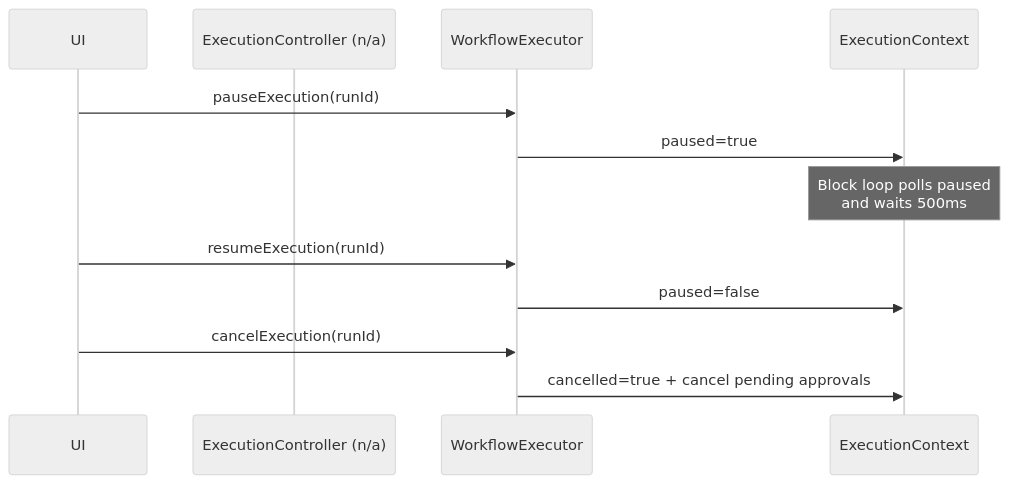
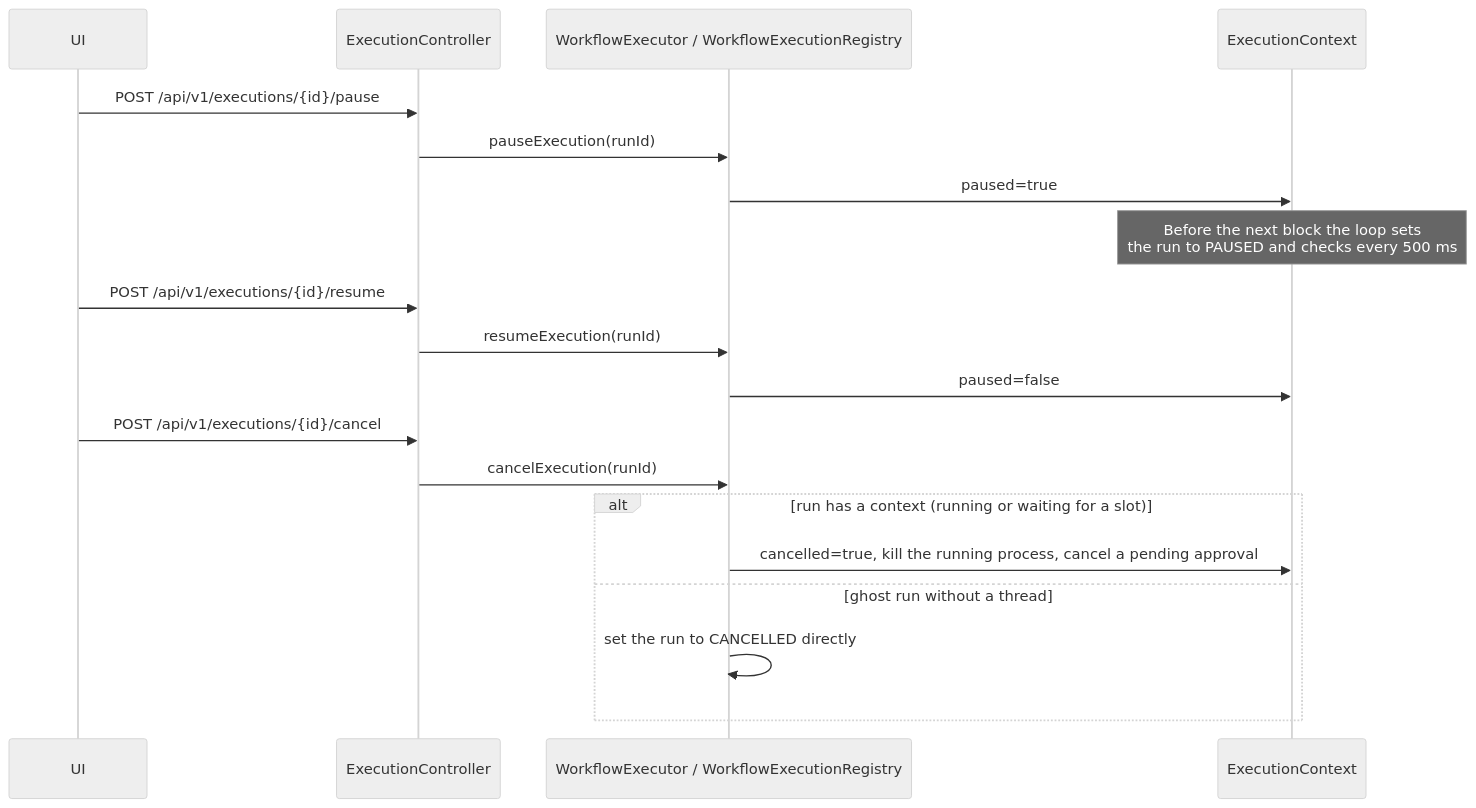
One commit to FLSEST/MySuricates changed the third of 4 diagrams in docs/en/workflow-control-diagrams.md. Above: the diagram before and after it, drawn with Mermaid (neutral theme). The commit also changed other lines of this file and 4 other files, not shown here.

First line of the commit message:
docs(diagramme): Control page knows all run statuses and the real approval path

````diff
--- a/docs/en/workflow-control-diagrams.md
+++ b/docs/en/workflow-control-diagrams.md
@@ -37,15 +46,22 @@
 ```mermaid
 sequenceDiagram
     participant UI
-    participant CTRL as ExecutionController (n/a)
-    participant WE as WorkflowExecutor
+    participant CTRL as ExecutionController
+    participant WE as WorkflowExecutor / WorkflowExecutionRegistry
     participant CTX as ExecutionContext
 
-    UI->>WE: pauseExecution(runId)
+    UI->>CTRL: POST /api/v1/executions/{id}/pause
+    CTRL->>WE: pauseExecution(runId)
     WE->>CTX: paused=true
-    Note over CTX: Block loop polls paused<br/>and waits 500ms
-    UI->>WE: resumeExecution(runId)
+    Note over CTX: Before the next block the loop sets<br/>the run to PAUSED and checks every 500 ms
+    UI->>CTRL: POST /api/v1/executions/{id}/resume
+    CTRL->>WE: resumeExecution(runId)
     WE->>CTX: paused=false
-    UI->>WE: cancelExecution(runId)
-    WE->>CTX: cancelled=true + cancel pending approvals
+    UI->>CTRL: POST /api/v1/executions/{id}/cancel
+    CTRL->>WE: cancelExecution(runId)
+    alt run has a context (running or waiting for a slot)
+        WE->>CTX: cancelled=true, kill the running process, cancel a pending approval
+    else ghost run without a thread
+        WE->>WE: set the run to CANCELLED directly
+    end
 ```
````
